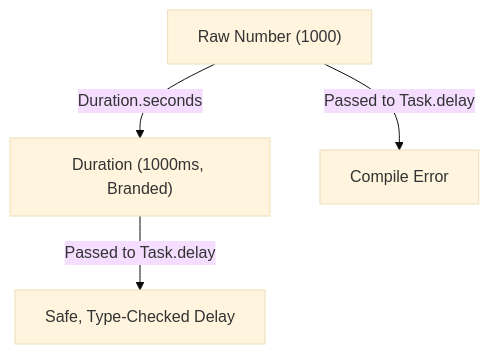
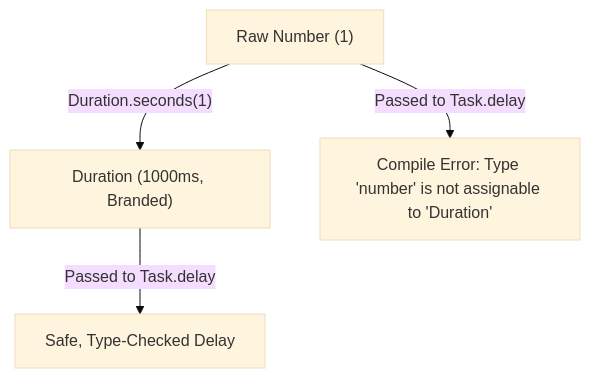
Before and after one commit to nlozgachev/pipelined: the diagram in docs/src/content/docs/guides/duration.md, drawn with Mermaid (base theme). The commit also changed 22 other files, not shown here.

Commit message:
docs: better diagrams

````diff
--- a/docs/src/content/docs/guides/duration.md
+++ b/docs/src/content/docs/guides/duration.md
@@ -52,6 +52,6 @@
 ```mermaid
-flowchart TD
-    A["Raw Number (1000)"] -- "Duration.seconds" --> B["Duration (1000ms, Branded)"]
-    B -- "Passed to Task.delay" --> C["Safe, Type-Checked Delay"]
-    A -- "Passed to Task.delay" --> D["Compile Error"]
+flowchart TB
+    A["Raw Number (1)"] -->|"Duration.seconds(1)"| B["Duration (1000ms, Branded)"]
+    B -->|"Passed to Task.delay"| C["Safe, Type-Checked Delay"]
+    A -->|"Passed to Task.delay"| D["Compile Error: Type 'number' is not assignable to 'Duration'"]
 ```
````
